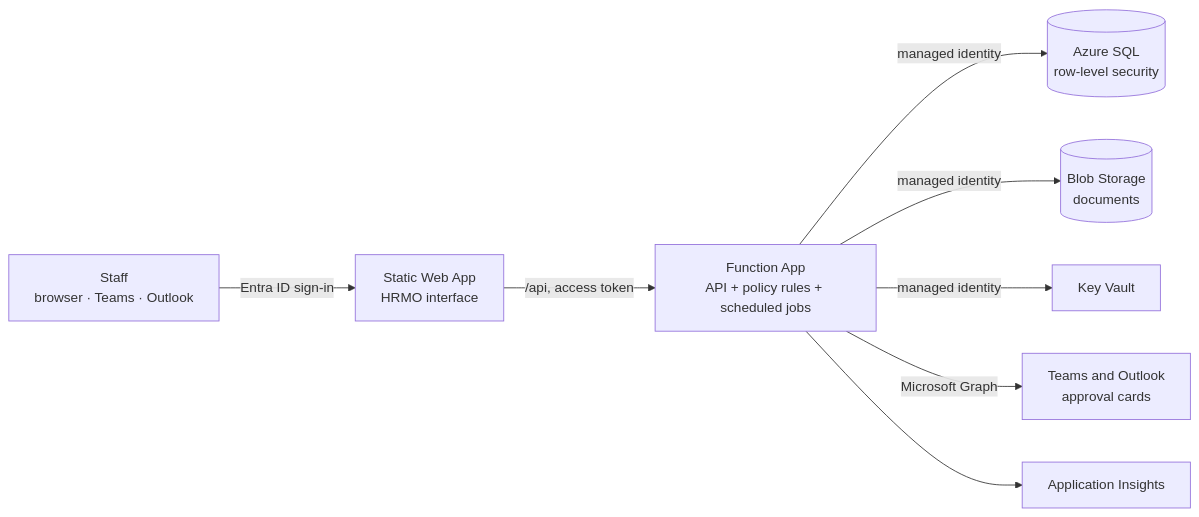
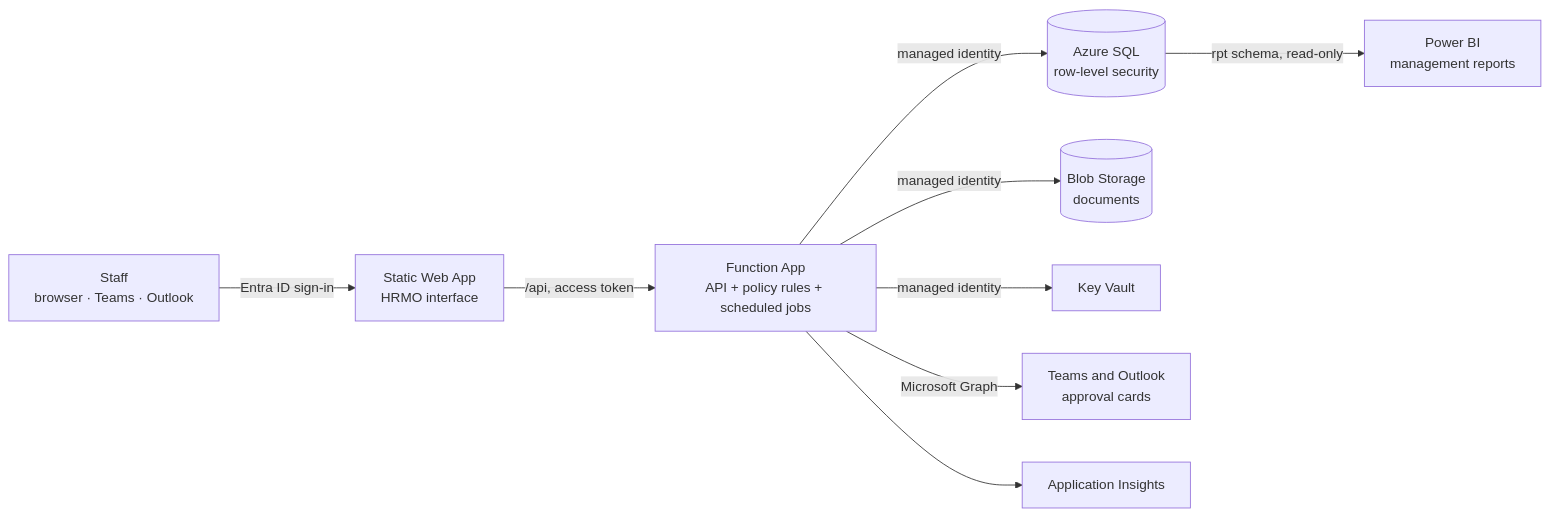
Before and after one commit to Mahassira/HRMO: the diagram in docs/en/architecture.md, drawn with Mermaid. The commit also changed other lines of this file and 3 other files, not shown here.

First line of the commit message:
Add Power BI reporting layer: star-schema views in the rpt schema

````diff
--- a/docs/en/architecture.md
+++ b/docs/en/architecture.md
@@ -18,10 +18,11 @@
 ```mermaid
 flowchart LR
   U[Staff<br/>browser · Teams · Outlook] -->|Entra ID sign-in| W[Static Web App<br/>HRMO interface]
   W -->|/api, access token| A[Function App<br/>API + policy rules + scheduled jobs]
   A -->|managed identity| D[(Azure SQL<br/>row-level security)]
   A -->|managed identity| B[(Blob Storage<br/>documents)]
   A -->|managed identity| K[Key Vault]
   A -->|Microsoft Graph| T[Teams and Outlook<br/>approval cards]
   A --> M[Application Insights]
+  D -->|rpt schema, read-only| P[Power BI<br/>management reports]
 ```
````
